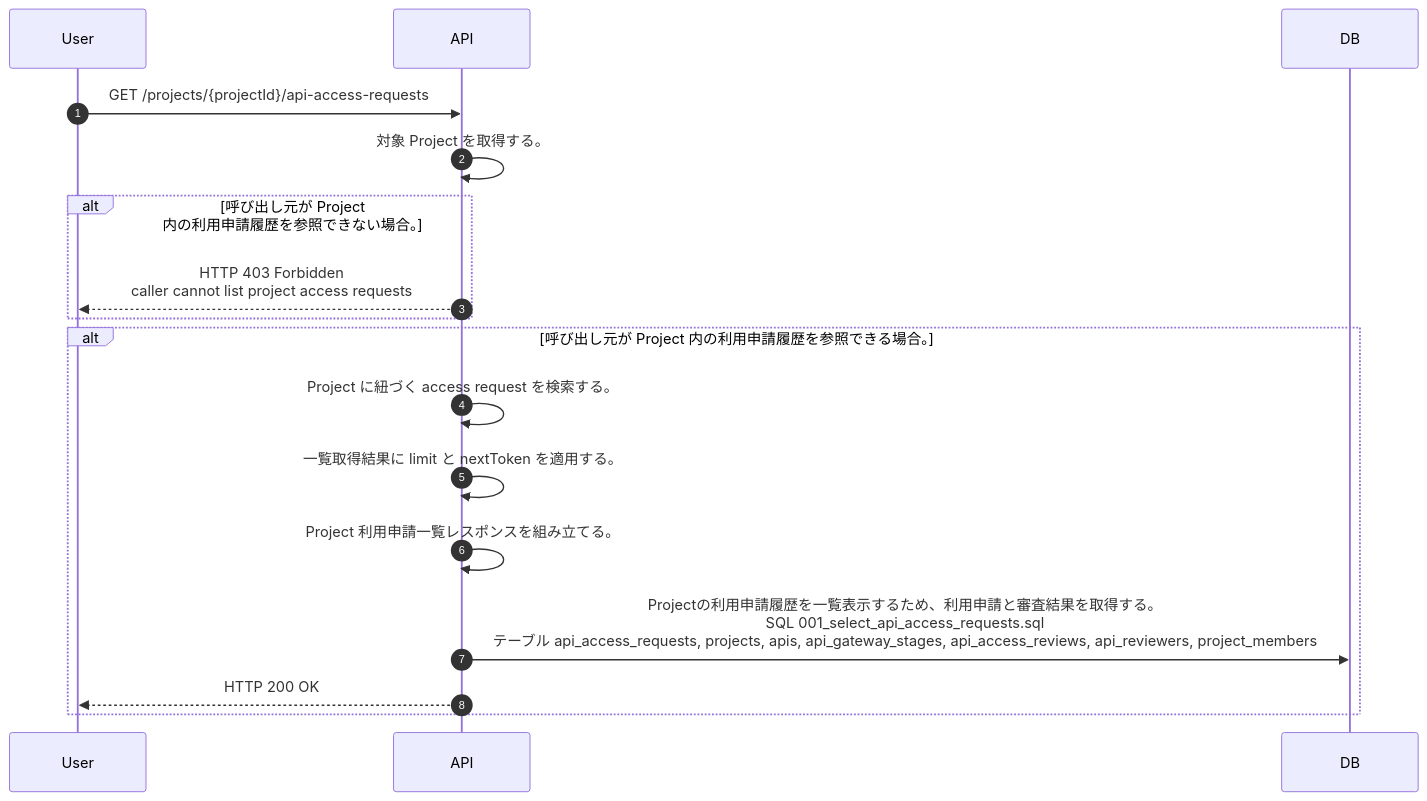
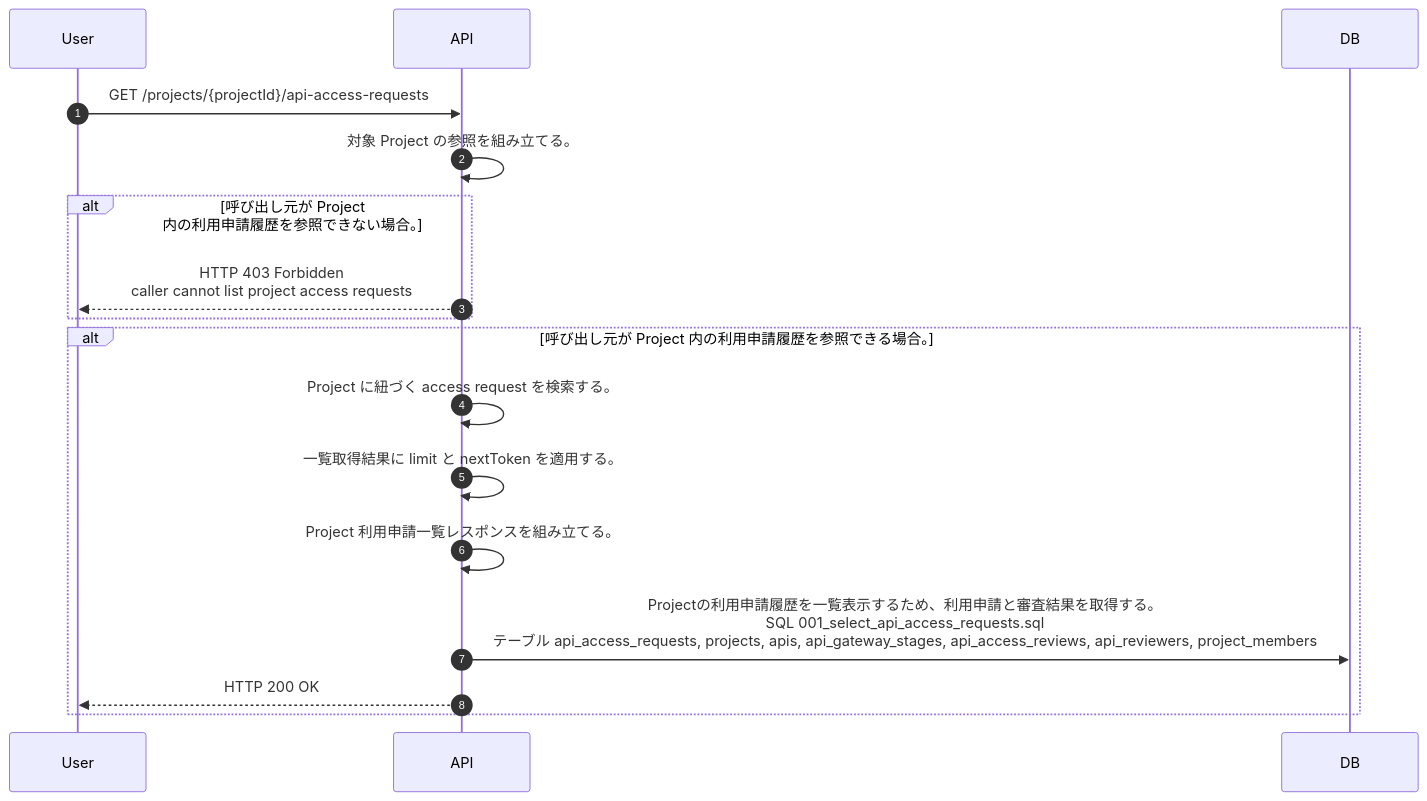
The diagram in docs/spec/40.apis/projects/list_project_api_access_requests/sequence_gen.md (tsuji-tomonori/lazunex), drawn with Mermaid before and after one commit. The commit also changed 22 other files, not shown here.

````diff
--- a/docs/spec/40.apis/projects/list_project_api_access_requests/sequence_gen.md
+++ b/docs/spec/40.apis/projects/list_project_api_access_requests/sequence_gen.md
@@ -5,19 +5,19 @@
 ```mermaid
 sequenceDiagram
   autonumber
   participant User as User
   participant API as API
   participant DB as DB
   User->>API: GET /projects/{projectId}/api-access-requests
-  API->>API: 対象 Project を取得する。
+  API->>API: 対象 Project の参照を組み立てる。
   alt 呼び出し元が Project 内の利用申請履歴を参照できない場合。
     API-->>User: HTTP 403 Forbidden<br/>caller cannot list project access requests
   end
   alt 呼び出し元が Project 内の利用申請履歴を参照できる場合。
     API->>API: Project に紐づく access request を検索する。
     API->>API: 一覧取得結果に limit と nextToken を適用する。
     API->>API: Project 利用申請一覧レスポンスを組み立てる。
     API->>DB: Projectの利用申請履歴を一覧表示するため、利用申請と審査結果を取得する。<br/>SQL 001_select_api_access_requests.sql<br/>テーブル api_access_requests, projects, apis, api_gateway_stages, api_access_reviews, api_reviewers, project_members
     API-->>User: HTTP 200 OK
   end
 ```
````
